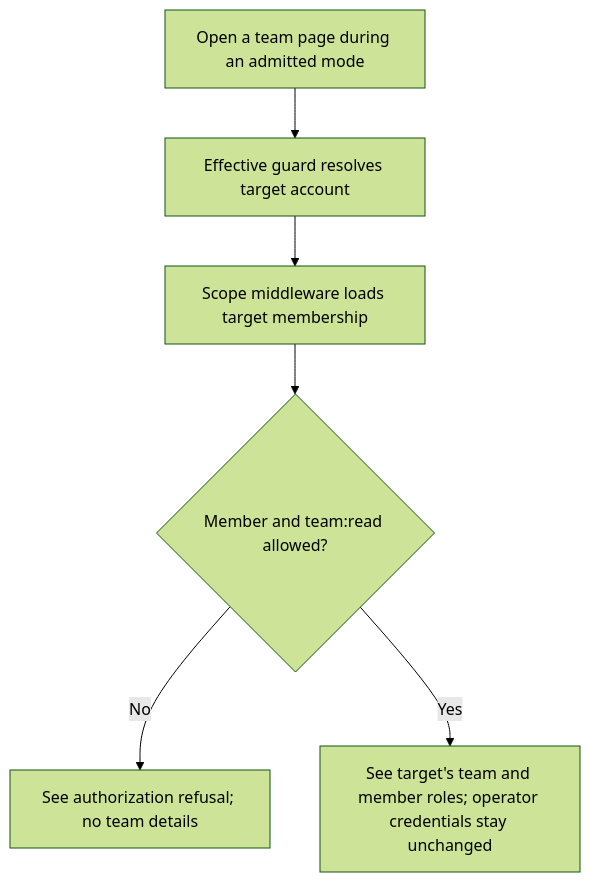
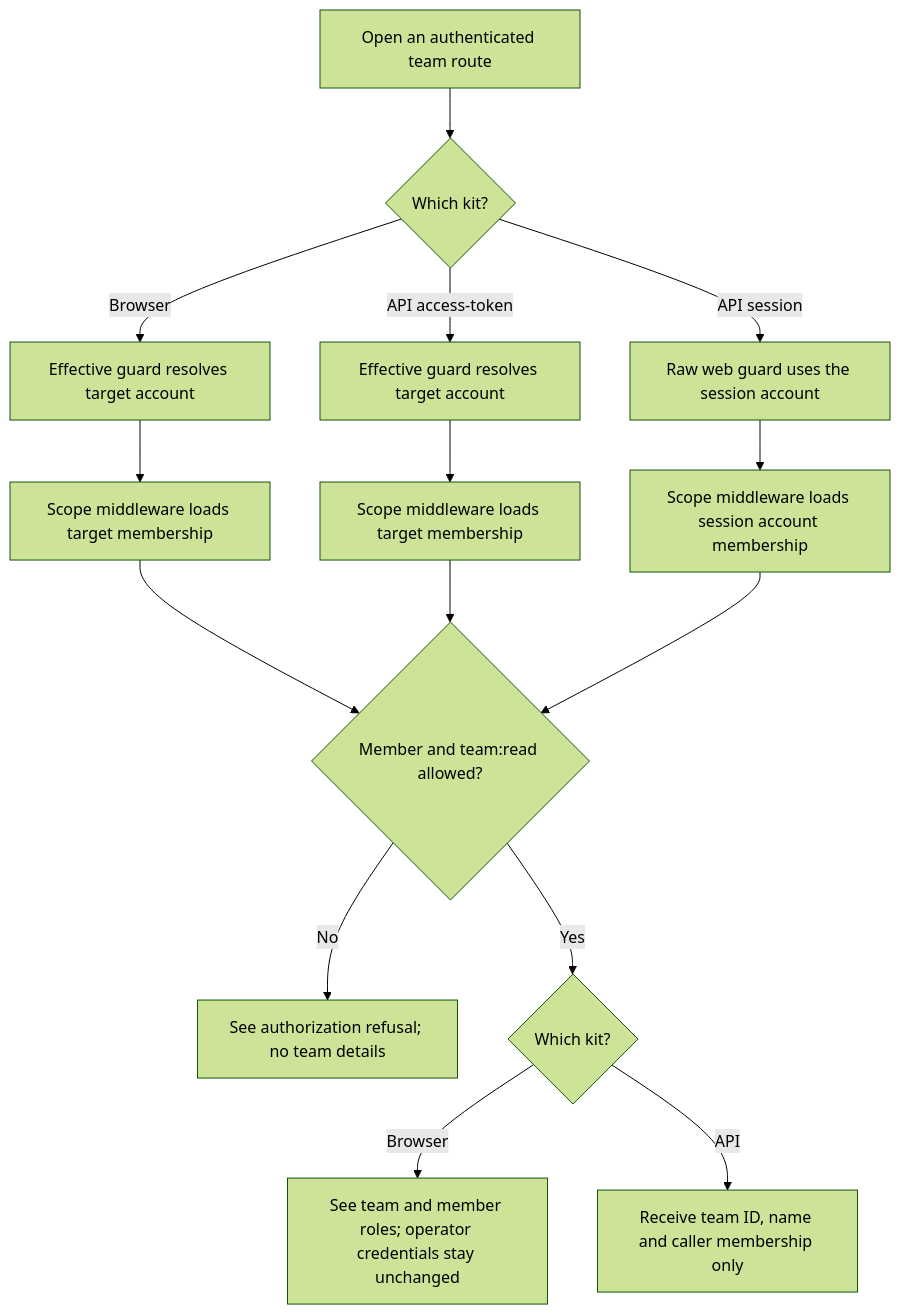
Before and after one commit to Kevinjohn/oss-adonisjs-starter-examples: the first of 2 diagrams in user-stories/support/us-masq-02-view-target-team.md, drawn with Mermaid (forest theme). The commit also changed other lines of this file and 8 other files, not shown here.

````diff
--- a/user-stories/support/us-masq-02-view-target-team.md
+++ b/user-stories/support/us-masq-02-view-target-team.md
@@ -21,8 +21,17 @@
 ```mermaid
 flowchart TD
-    A["Open a team page during an admitted mode"] --> B["Effective guard resolves target account"]
-    B --> C["Scope middleware loads target membership"]
-    C --> D{"Member and team:read allowed?"}
-    D -->|No| E["See authorization refusal; no team details"]
-    D -->|Yes| F["See target's team and member roles; operator credentials stay unchanged"]
+    A["Open an authenticated team route"] --> B{"Which kit?"}
+    B -->|Browser| C["Effective guard resolves target account"]
+    C --> D["Scope middleware loads target membership"]
+    D --> O
+    B -->|API access-token| H["Effective guard resolves target account"]
+    H --> I["Scope middleware loads target membership"]
+    I --> O
+    B -->|API session| L["Raw web guard uses the session account"]
+    L --> M["Scope middleware loads session account membership"]
+    M --> O{"Member and team:read allowed?"}
+    O -->|No| F["See authorization refusal; no team details"]
+    O -->|Yes| P{"Which kit?"}
+    P -->|Browser| G["See team and member roles; operator credentials stay unchanged"]
+    P -->|API| K["Receive team ID, name and caller membership only"]
 ```
````
